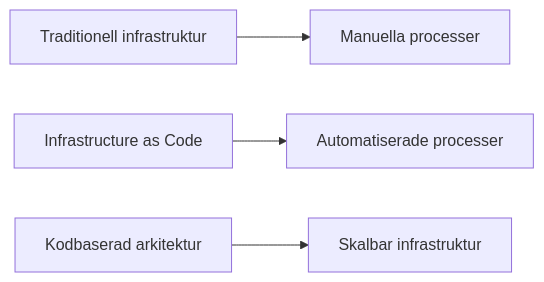
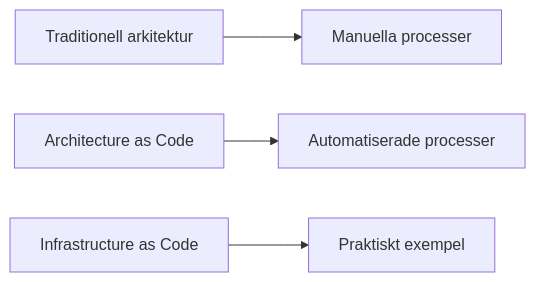
One commit to Geonitab/architecture_as_code changed the diagram in docs/images/diagram_01_inledning.mmd. Above: the diagram before and after it, drawn with Mermaid. The commit also changed 7 other files, not shown here.

Commit message:
Complete transformation to Architecture as Code focus with IaC as example

```diff
--- a/docs/images/diagram_01_inledning.mmd
+++ b/docs/images/diagram_01_inledning.mmd
@@ -1,4 +1,4 @@
 graph LR
-    A[Traditionell infrastruktur] --> B[Manuella processer]
-    C[Infrastructure as Code] --> D[Automatiserade processer] 
-    E[Kodbaserad arkitektur] --> F[Skalbar infrastruktur]
+    A[Traditionell arkitektur] --> B[Manuella processer]
+    C[Architecture as Code] --> D[Automatiserade processer] 
+    E[Infrastructure as Code] --> F[Praktiskt exempel]
```
